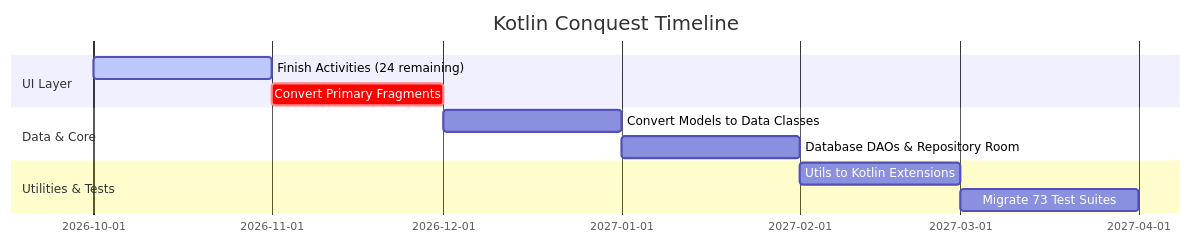
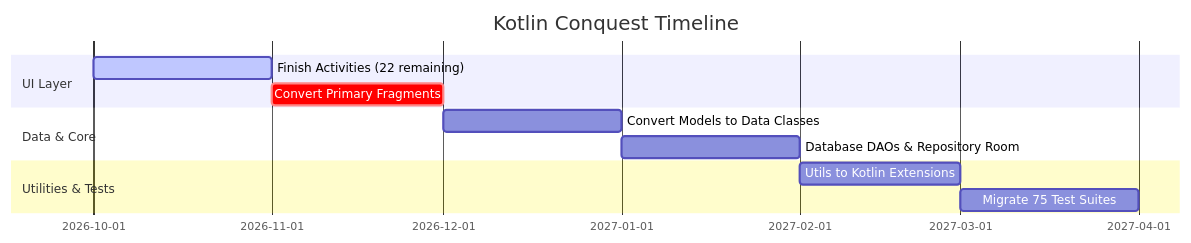
The third of 3 diagrams in KOTLIN_MIGRATION_REPORT.md (solomonrajan/cashledger), drawn with Mermaid before and after one commit. The commit also changed other lines of this file, not shown here.

````diff
--- a/KOTLIN_MIGRATION_REPORT.md
+++ b/KOTLIN_MIGRATION_REPORT.md
@@ -276,14 +278,14 @@
 ```mermaid
 gantt
     title Kotlin Conquest Timeline
     dateFormat  YYYY-MM
     section UI Layer
-    Finish Activities (24 remaining) :active, act1, 2026-10, 2026-11
+    Finish Activities (22 remaining) :active, act1, 2026-10, 2026-11
     Convert Primary Fragments        :crit, act2, 2026-11, 2026-12
     section Data & Core
     Convert Models to Data Classes   :act3, 2026-12, 2027-01
     Database DAOs & Repository Room  :act4, 2027-01, 2027-02
     section Utilities & Tests
     Utils to Kotlin Extensions       :act5, 2027-02, 2027-03
-    Migrate 73 Test Suites           :act6, 2027-03, 2027-04
+    Migrate 75 Test Suites           :act6, 2027-03, 2027-04
 ```
````
